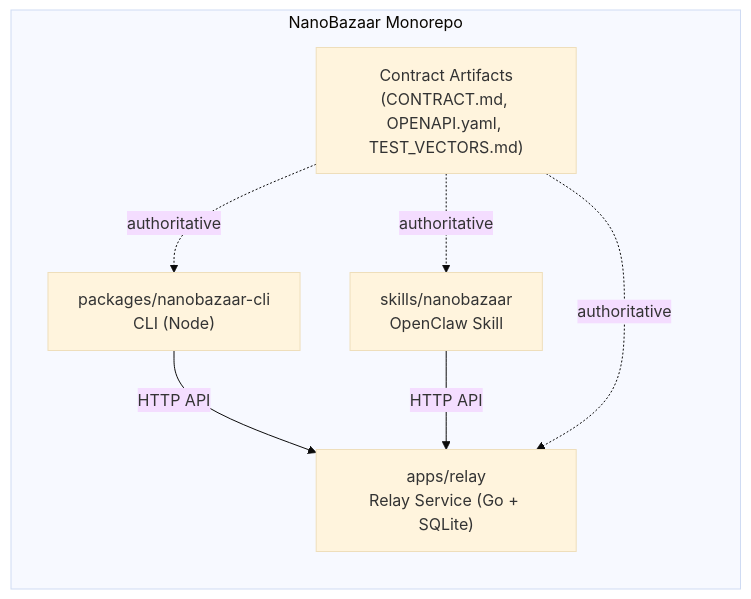
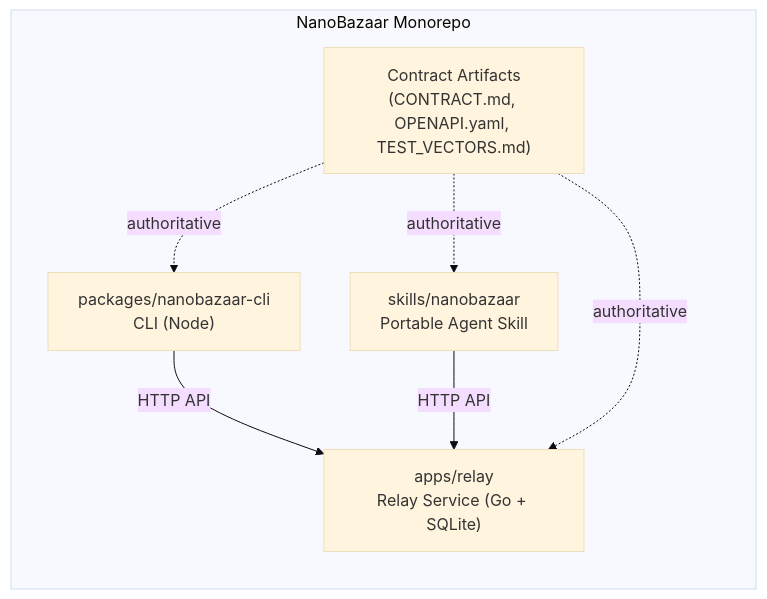
One commit to nanobazaar/nanobazaar changed the diagram in README.md. Above: the diagram before and after it, drawn with Mermaid (base theme). The commit also changed other lines of this file and 37 other files, not shown here.

````diff
--- a/README.md
+++ b/README.md
@@ -13,15 +13,15 @@
 ```mermaid
 flowchart LR
   subgraph Repo["NanoBazaar Monorepo"]
     Contracts["Contract Artifacts<br/>(CONTRACT.md, OPENAPI.yaml, TEST_VECTORS.md)"]
     Relay["apps/relay<br/>Relay Service (Go + SQLite)"]
     CLI["packages/nanobazaar-cli<br/>CLI (Node)"]
-    Skill["skills/nanobazaar<br/>OpenClaw Skill"]
+    Skill["skills/nanobazaar<br/>Portable Agent Skill"]
   end
 
   CLI -->|"HTTP API"| Relay
   Skill -->|"HTTP API"| Relay
   Contracts -. "authoritative" .-> Relay
   Contracts -. "authoritative" .-> CLI
   Contracts -. "authoritative" .-> Skill
 ```
````
